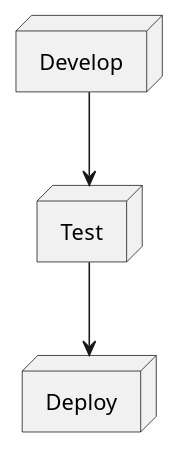
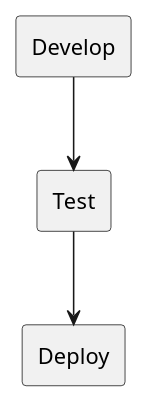
One commit to sergio-fry/slides changed the diagram in docker/slides.md. Above: the diagram before and after it, drawn with PlantUML. The commit also changed other lines of this file, not shown here.

````diff
--- a/docker/slides.md
+++ b/docker/slides.md
@@ -52,10 +53,10 @@
 ```plantuml
 
-node Develop
-node Test
-node Deploy
+rectangle Develop
+rectangle Test
+rectangle Deploy
 
 Develop --> Test
 Test --> Deploy
 
 ``` 
````
